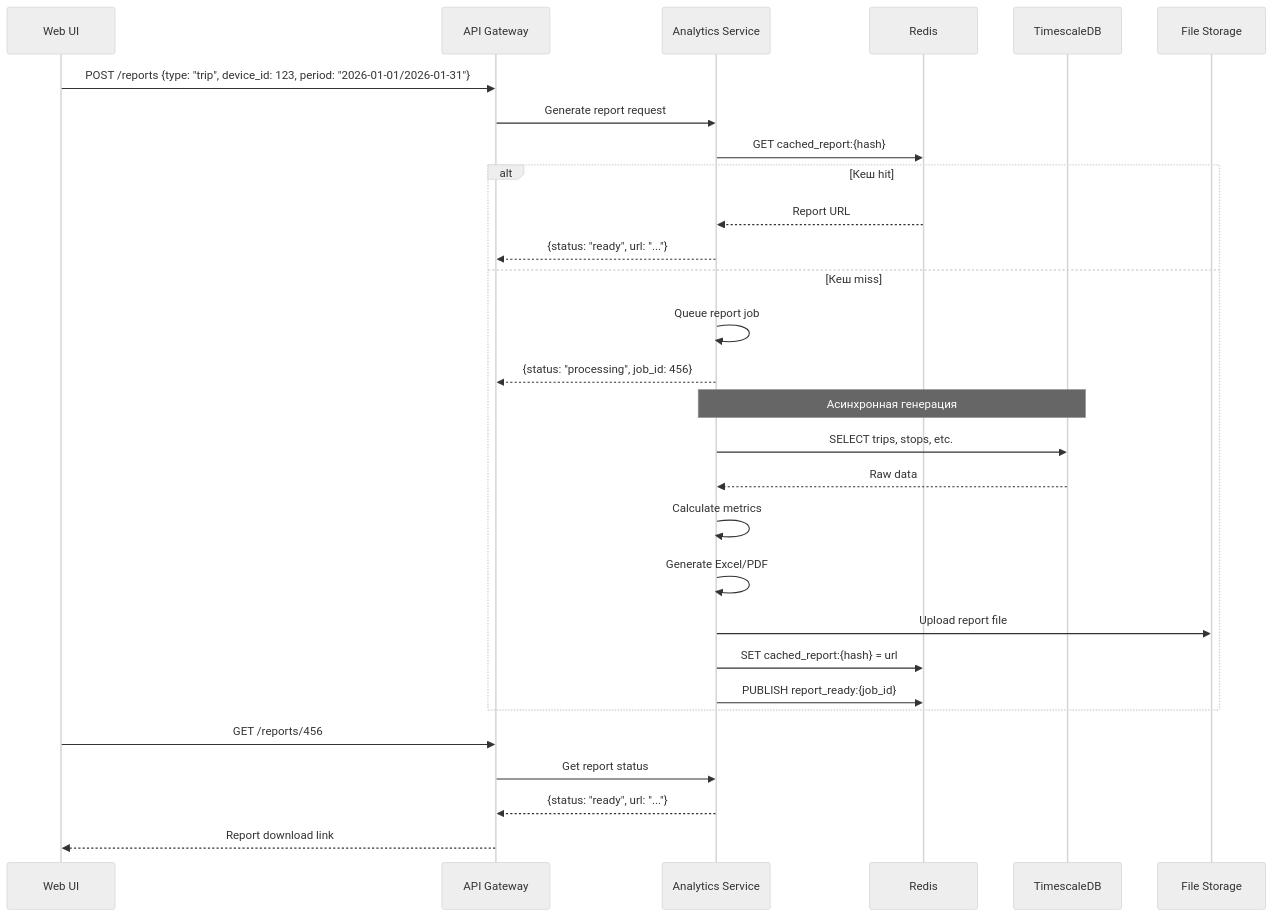
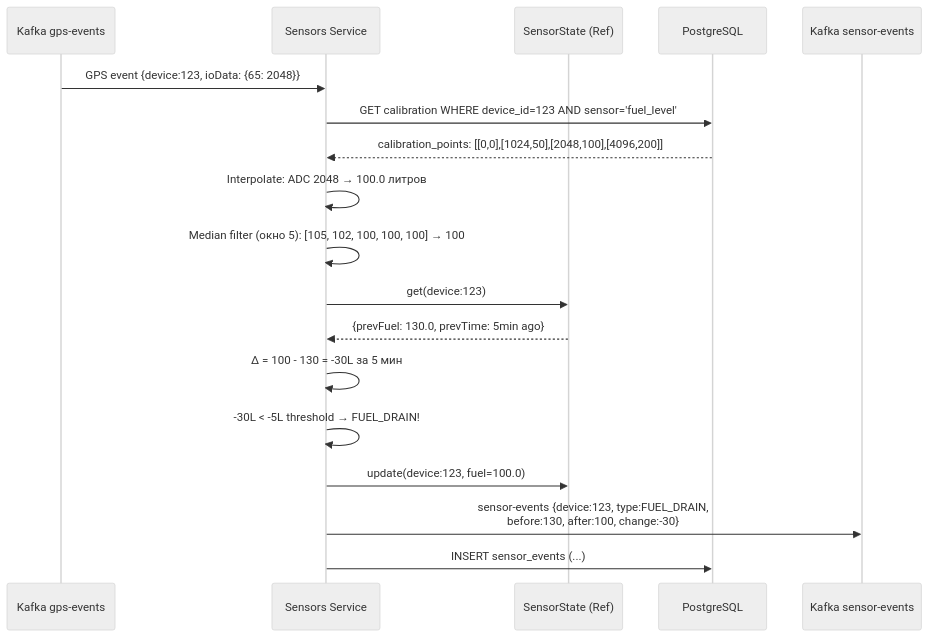
Before and after one commit to revarewerd/wayrecall-tracker-system: diagram 13 of 28 in docs/blocks/ARCHITECTURE_BLOCK2.md, drawn with Mermaid (neutral theme). The commit also changed other lines of this file and 544 other files, not shown here.

````diff
--- a/docs/blocks/ARCHITECTURE_BLOCK2.md
+++ b/docs/blocks/ARCHITECTURE_BLOCK2.md
@@ -538,36 +769,26 @@
 ```mermaid
 sequenceDiagram
-    participant UI as Web UI
-    participant API as API Gateway
-    participant AS as Analytics Service
-    participant R as Redis
-    participant DB as TimescaleDB
-    participant S3 as File Storage
+    participant K as Kafka gps-events
+    participant SS as Sensors Service
+    participant St as SensorState (Ref)
+    participant DB as PostgreSQL
+    participant KE as Kafka sensor-events
 
-    UI->>API: POST /reports {type: "trip", device_id: 123, period: "2026-01-01/2026-01-31"}
-    API->>AS: Generate report request
+    K->>SS: GPS event {device:123, ioData: {65: 2048}}
     
-    AS->>R: GET cached_report:{hash}
+    SS->>DB: GET calibration WHERE device_id=123 AND sensor='fuel_level'
+    DB-->>SS: calibration_points: [[0,0],[1024,50],[2048,100],[4096,200]]
     
-    alt Кеш hit
-        R-->>AS: Report URL
-        AS-->>API: {status: "ready", url: "..."}
-    else Кеш miss
-        AS->>AS: Queue report job
-        AS-->>API: {status: "processing", job_id: 456}
-        
-        Note over AS,DB: Асинхронная генерация
-        AS->>DB: SELECT trips, stops, etc.
-        DB-->>AS: Raw data
-        AS->>AS: Calculate metrics
-        AS->>AS: Generate Excel/PDF
-        AS->>S3: Upload report file
-        AS->>R: SET cached_report:{hash} = url
-        AS->>R: PUBLISH report_ready:{job_id}
-    end
-
-    UI->>API: GET /reports/456
-    API->>AS: Get report status
-    AS-->>API: {status: "ready", url: "..."}
-    API-->>UI: Report download link
+    SS->>SS: Interpolate: ADC 2048 → 100.0 литров
+    SS->>SS: Median filter (окно 5): [105, 102, 100, 100, 100] → 100
+    
+    SS->>St: get(device:123)
+    St-->>SS: {prevFuel: 130.0, prevTime: 5min ago}
+    
+    SS->>SS: Δ = 100 - 130 = -30L за 5 мин
+    SS->>SS: -30L < -5L threshold → FUEL_DRAIN!
+    
+    SS->>St: update(device:123, fuel=100.0)
+    SS->>KE: sensor-events {device:123, type:FUEL_DRAIN,<br/>before:130, after:100, change:-30}
+    SS->>DB: INSERT sensor_events (...)
 ```
````
